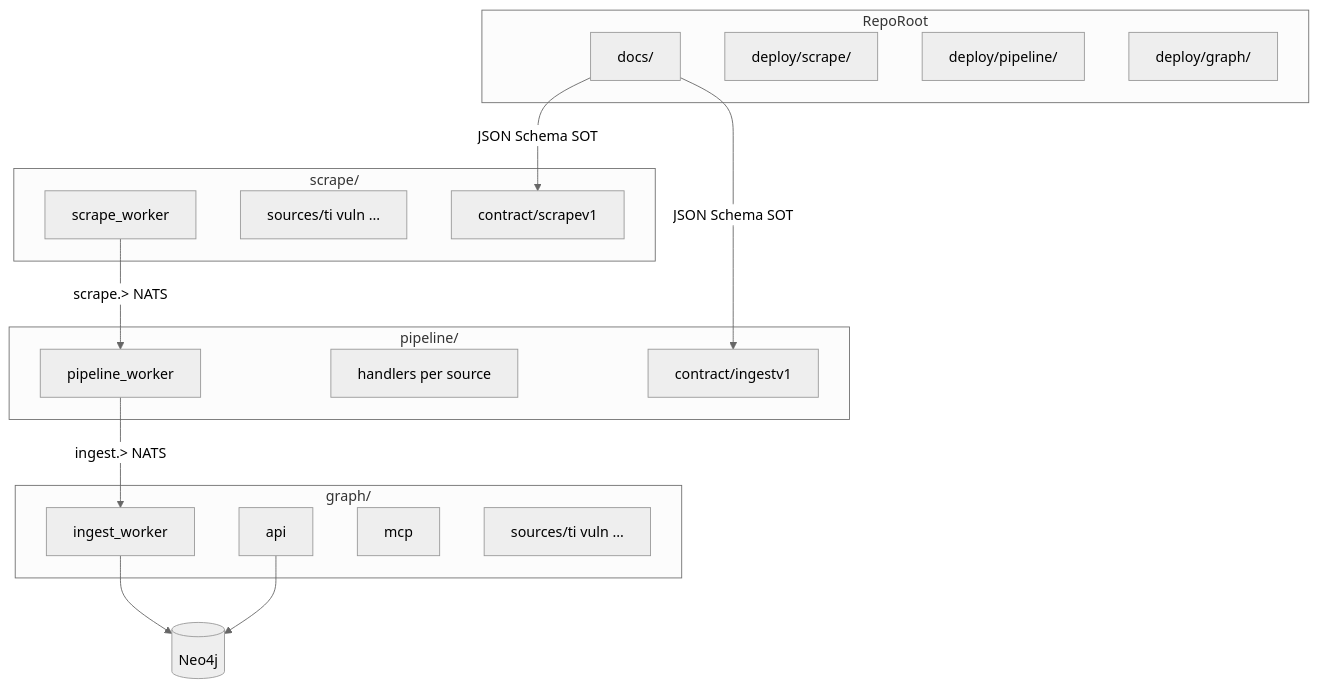
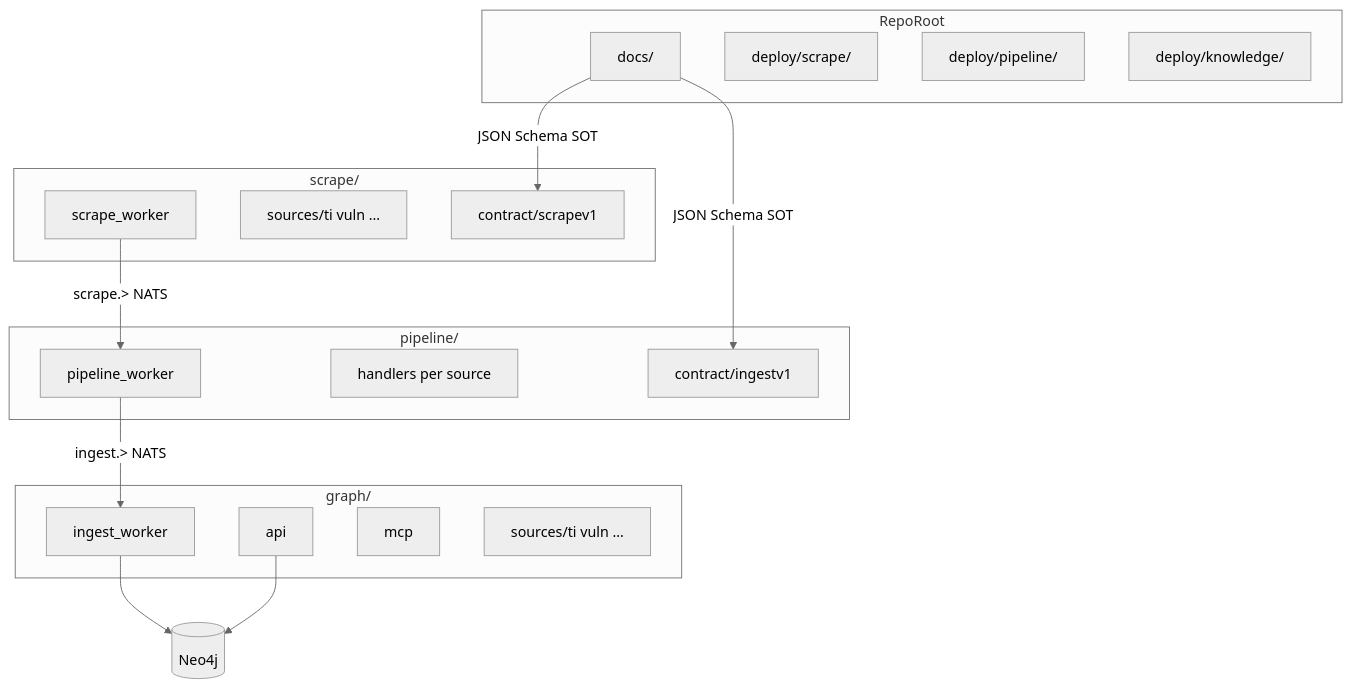
Before and after one commit to butbeautifulv/threat_intelligence: the first of 2 diagrams in .cursor/plans/archive/veil_standardization_1a21dc00.plan.md, drawn with Mermaid (neutral theme). The commit also changed other lines of this file and 260 other files, not shown here.

Commit message:
refactor(platform): P8i rename graph/ to knowledge/

````diff
--- a/.cursor/plans/archive/veil_standardization_1a21dc00.plan.md
+++ b/.cursor/plans/archive/veil_standardization_1a21dc00.plan.md
@@ -35,31 +35,31 @@
 ```mermaid
 flowchart TB
   subgraph root [RepoRoot]
     Docs[docs/]
     DeployScrape[deploy/scrape/]
     DeployPipe[deploy/pipeline/]
-    DeployGraph[deploy/graph/]
+    DeployGraph[deploy/knowledge/]
   end
   subgraph scrapeCtx [scrape/]
     SW[scrape_worker]
     Sources[sources/ti vuln ...]
     ScrapeContract[contract/scrapev1]
   end
   subgraph pipeCtx [pipeline/]
     PW[pipeline_worker]
     Handlers[handlers per source]
     IngestContract[contract/ingestv1]
   end
   subgraph graphCtx [graph/]
     IW[ingest_worker]
     API[api]
     MCP[mcp]
     Writers[sources/ti vuln ...]
   end
   Docs -->|"JSON Schema SOT"| ScrapeContract
   Docs -->|"JSON Schema SOT"| IngestContract
   SW -->|"scrape.> NATS"| PW
   PW -->|"ingest.> NATS"| IW
   IW --> Neo4j[(Neo4j)]
   API --> Neo4j
 ```
````
